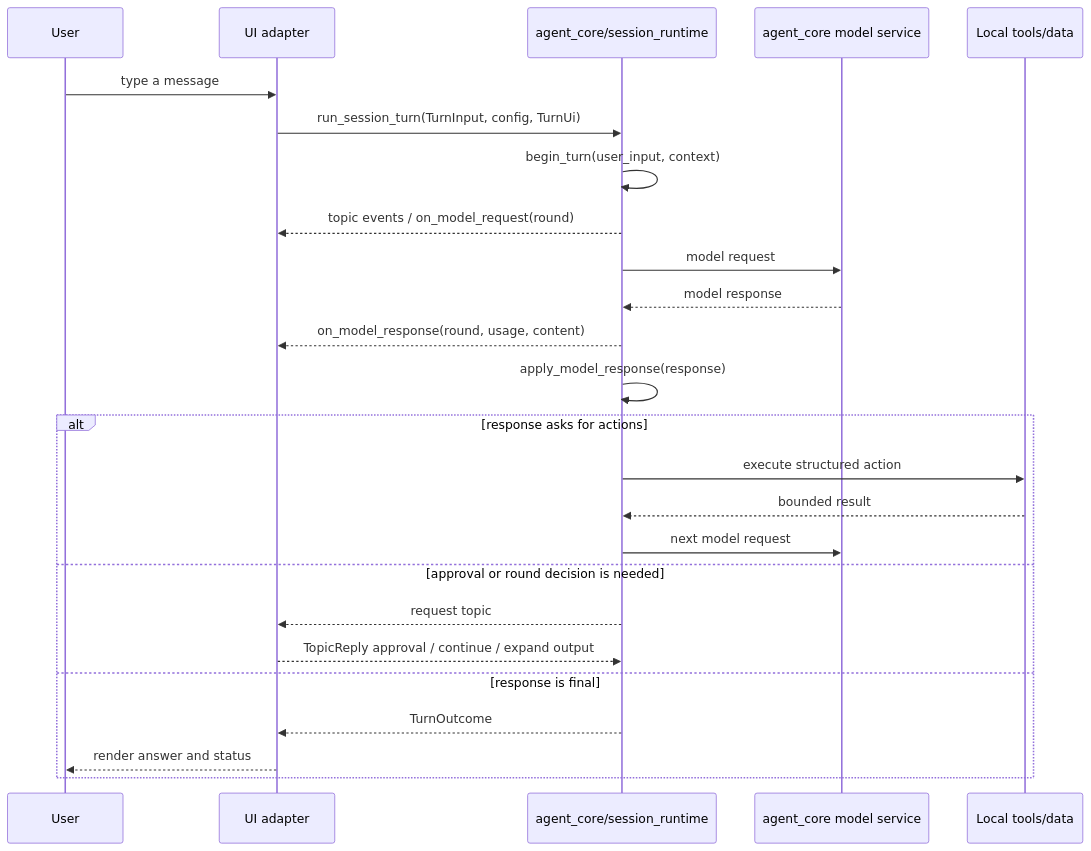
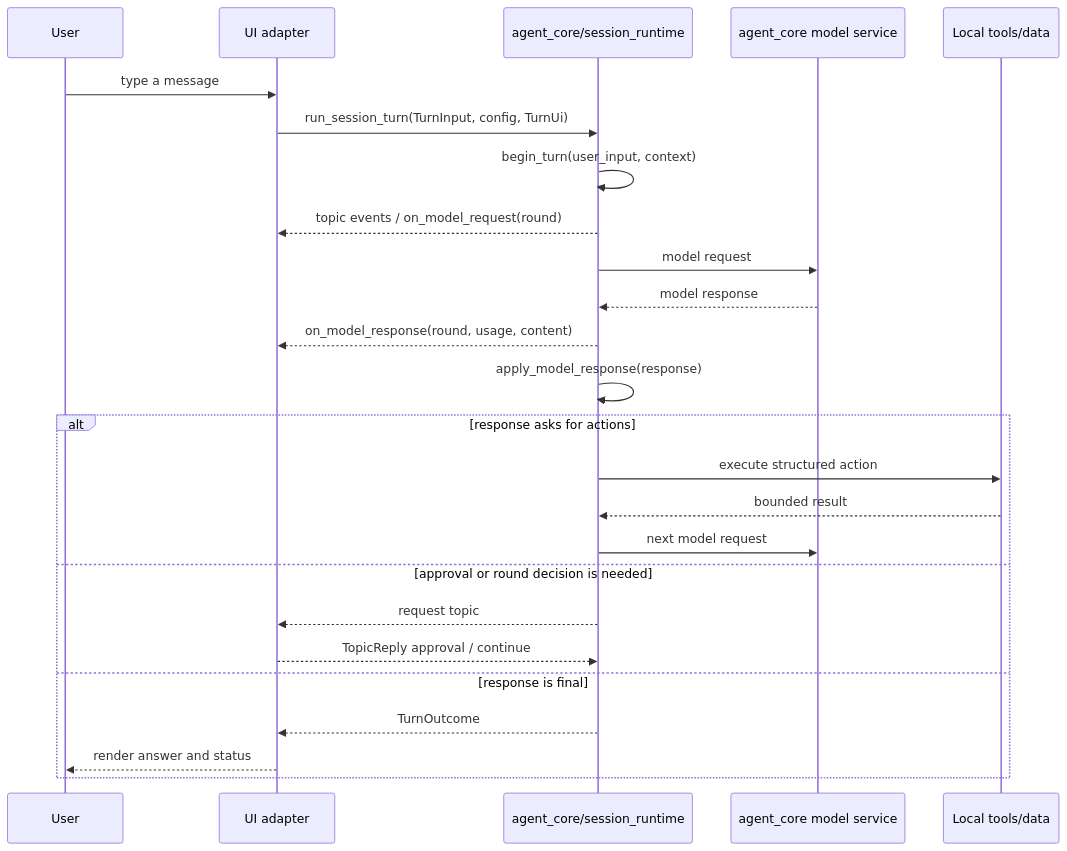
Before and after one commit to moliam/TimemAi: the second of 4 diagrams in docs/architecture.md, drawn with Mermaid. The commit also changed other lines of this file and 10 other files, not shown here.

````diff
--- a/docs/architecture.md
+++ b/docs/architecture.md
@@ -603,28 +603,28 @@
 ```mermaid
 sequenceDiagram
     participant U as User
     participant UI as UI adapter
     participant C as agent_core/session_runtime
     participant P as agent_core model service
     participant T as Local tools/data
 
     U->>UI: type a message
     UI->>C: run_session_turn(TurnInput, config, TurnUi)
     C->>C: begin_turn(user_input, context)
     C-->>UI: topic events / on_model_request(round)
     C->>P: model request
     P-->>C: model response
     C-->>UI: on_model_response(round, usage, content)
     C->>C: apply_model_response(response)
     alt response asks for actions
         C->>T: execute structured action
         T-->>C: bounded result
         C->>P: next model request
     else approval or round decision is needed
         C-->>UI: request topic
-        UI-->>C: TopicReply approval / continue / expand output
+        UI-->>C: TopicReply approval / continue
     else response is final
         C-->>UI: TurnOutcome
         UI-->>U: render answer and status
     end
 ```
````
